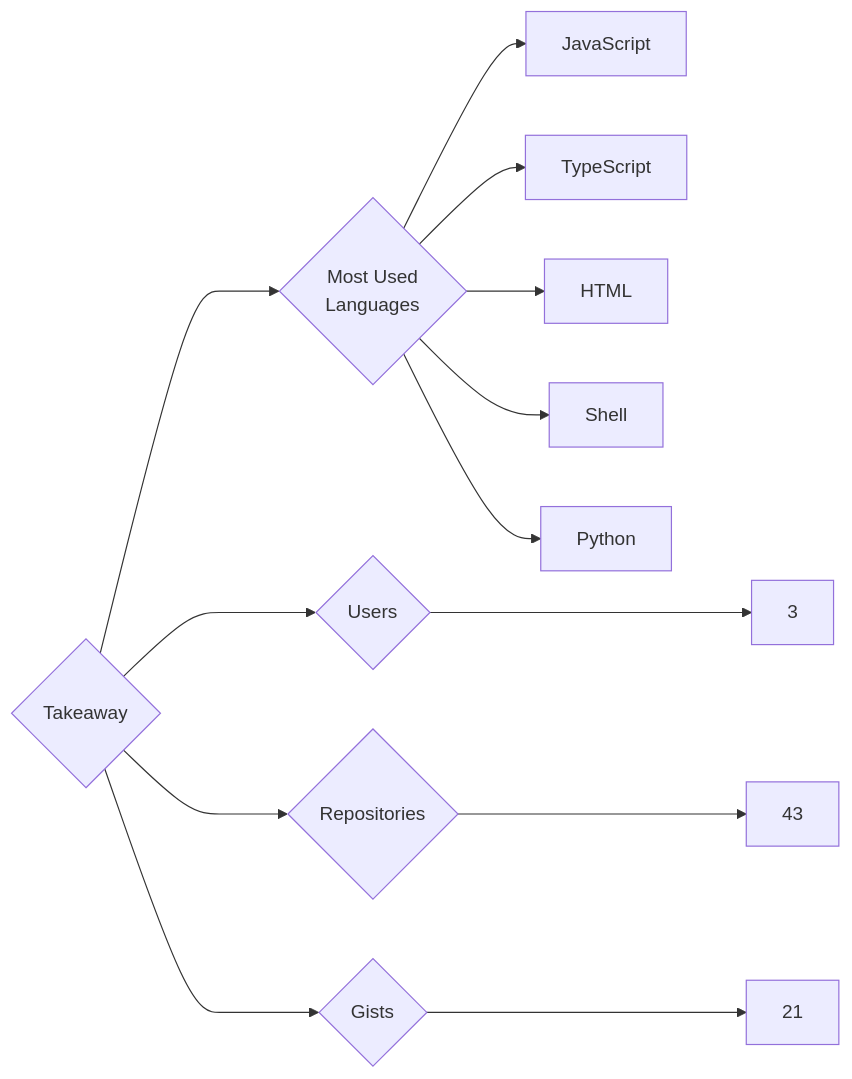
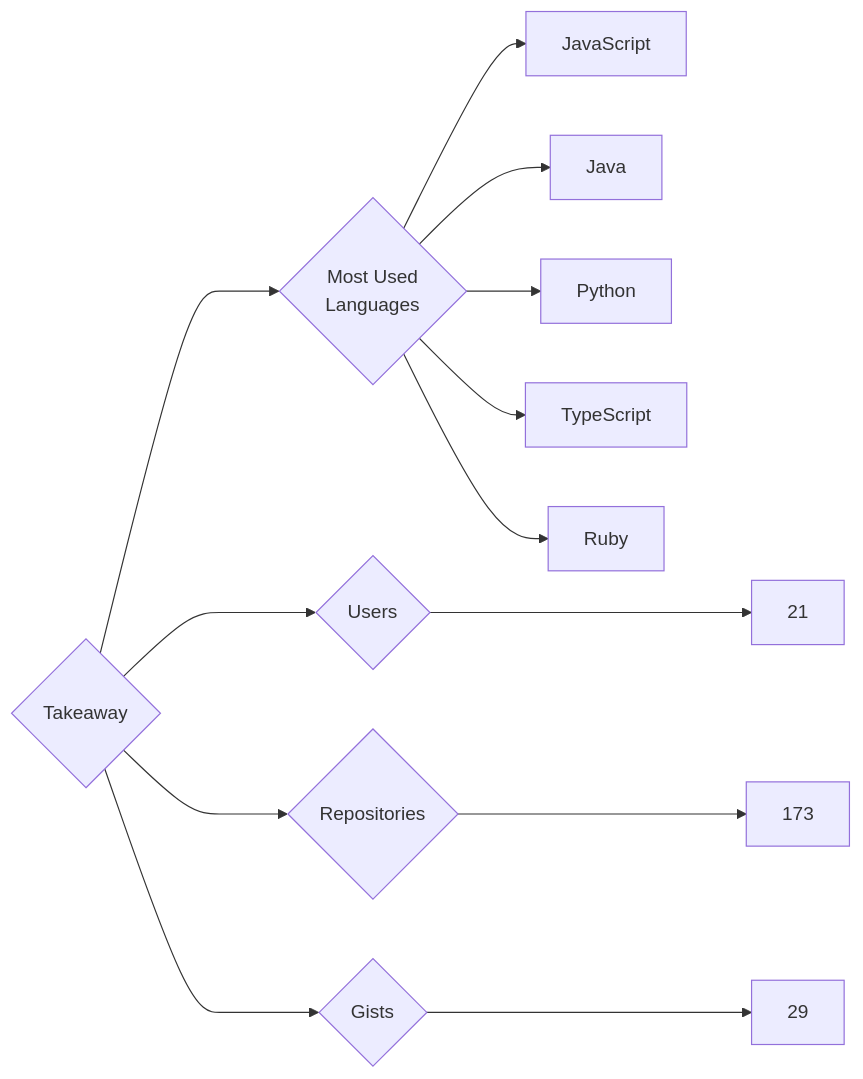
The diagram in targets/Takeaway/README.md (trickest/insiders), drawn with Mermaid before and after one commit. The commit also changed 939 other files, not shown here.

````diff
--- a/targets/Takeaway/README.md
+++ b/targets/Takeaway/README.md
@@ -3,13 +3,13 @@
 ```mermaid
 graph LR
 COMPANY_NAME{Takeaway}
-COMPANY_NAME ---> U{Users} ---> UN[3]
-COMPANY_NAME ---> R{Repositories} ---> RN[43]
-COMPANY_NAME ---> G{Gists} ---> GN[21]
+COMPANY_NAME ---> U{Users} ---> UN[21]
+COMPANY_NAME ---> R{Repositories} ---> RN[173]
+COMPANY_NAME ---> G{Gists} ---> GN[29]
 COMPANY_NAME ---> ML{Most Used<br>Languages}
 ML --> JavaScript[JavaScript]
+ML --> Java[Java]
+ML --> Python[Python]
 ML --> TypeScript[TypeScript]
-ML --> HTML[HTML]
-ML --> Shell[Shell]
-ML --> Python[Python]
+ML --> Ruby[Ruby]
 ```
````
